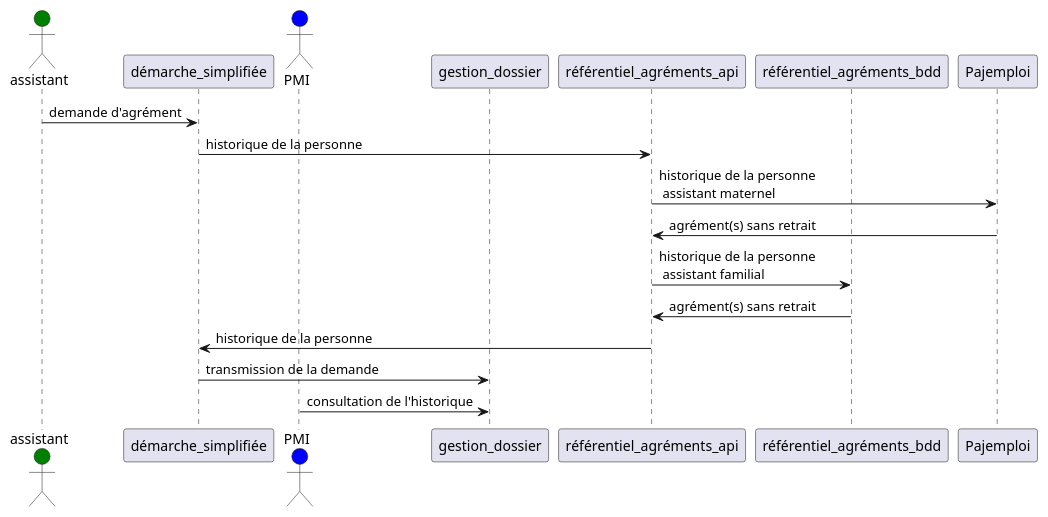
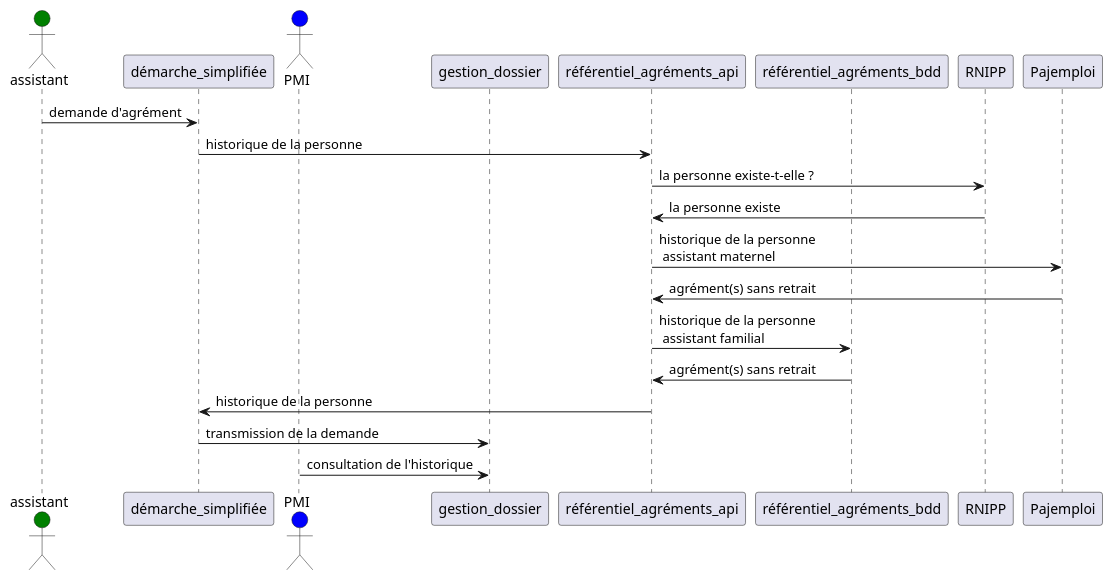
The diagram in documentation/demande_agrement.puml (betagouv/referentiel-agrements-assistants-maternels-familiaux), drawn with PlantUML before and after one commit. The commit also changed 3 other files, not shown here.

```diff
--- a/documentation/demande_agrement.puml
+++ b/documentation/demande_agrement.puml
@@ -1,23 +1,26 @@
 @startuml
 
 actor assistant #green
 participant démarche_simplifiée
 
 actor PMI #blue
 participant gestion_dossier
 
 participant référentiel_agréments_api
 participant référentiel_agréments_bdd
+participant RNIPP
 participant Pajemploi
 
 assistant -> démarche_simplifiée : demande d'agrément
 démarche_simplifiée -> référentiel_agréments_api : historique de la personne
+référentiel_agréments_api -> RNIPP: la personne existe-t-elle ?
+RNIPP -> référentiel_agréments_api: la personne existe
 référentiel_agréments_api -> Pajemploi : historique de la personne \n assistant maternel
 Pajemploi -> référentiel_agréments_api : agrément(s) sans retrait
 référentiel_agréments_api -> référentiel_agréments_bdd : historique de la personne \n assistant familial
 référentiel_agréments_bdd -> référentiel_agréments_api : agrément(s) sans retrait
 référentiel_agréments_api -> démarche_simplifiée : historique de la personne
 démarche_simplifiée -> gestion_dossier : transmission de la demande
 PMI -> gestion_dossier : consultation de l'historique
 
 @enduml
```
